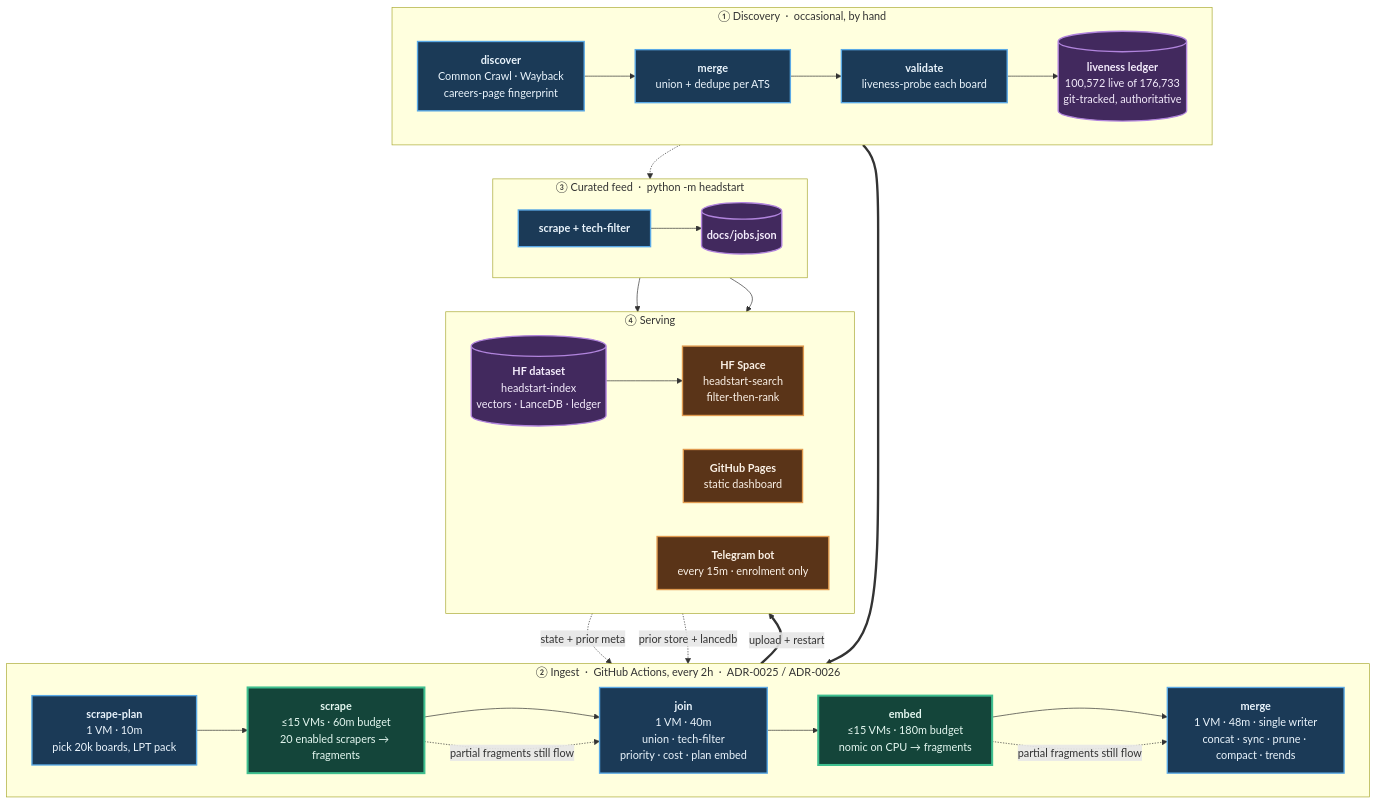
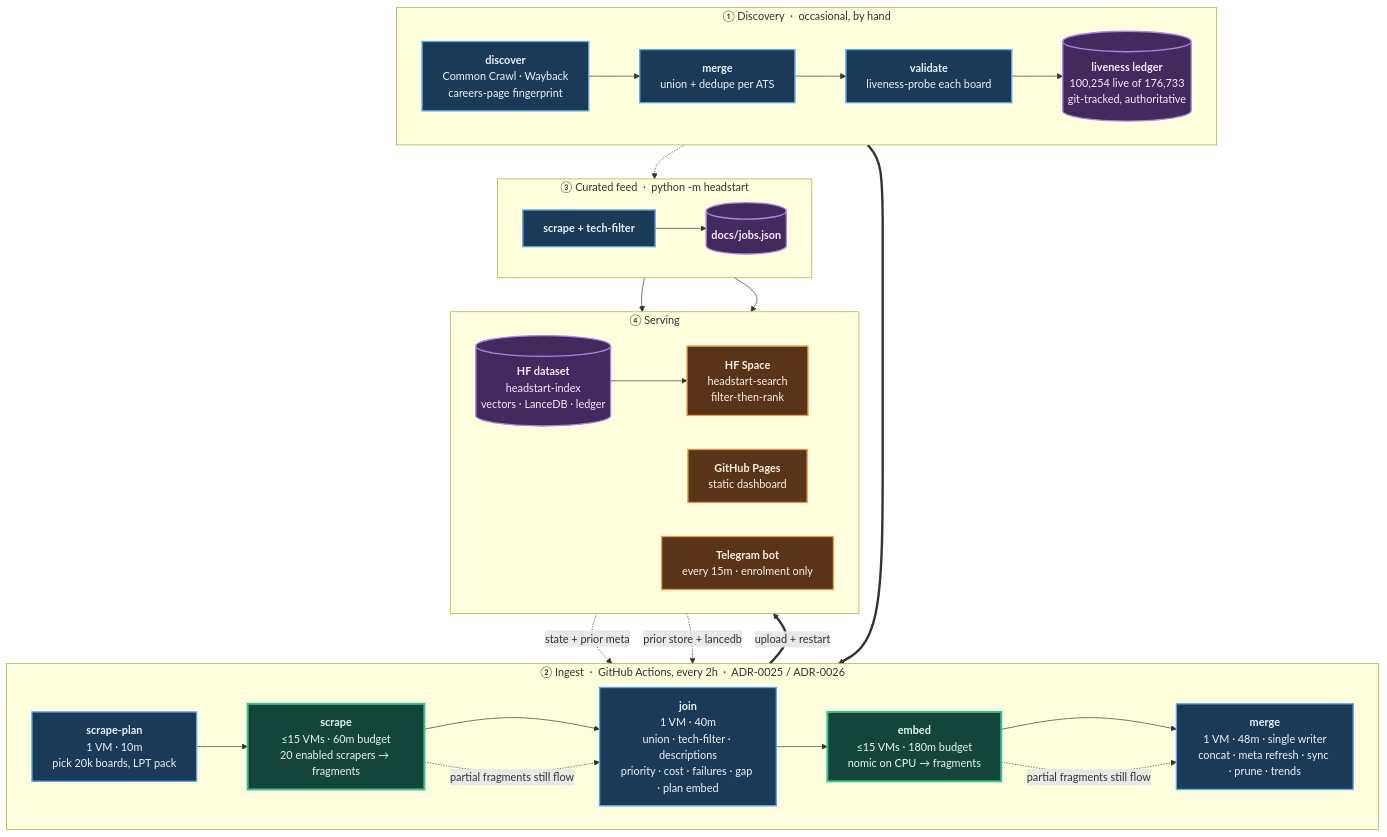
The diagram in README.md (sarthakjain004/headstart), drawn with Mermaid before and after one commit. The commit also changed other lines of this file and 21 other files, not shown here.

````diff
--- a/README.md
+++ b/README.md
@@ -35,56 +35,56 @@
 ```mermaid
 flowchart TB
     subgraph D["① Discovery &nbsp;·&nbsp; occasional, by hand"]
         direction LR
         D1["<b>discover</b><br/>Common Crawl · Wayback<br/>careers-page fingerprint"]
         D2["<b>merge</b><br/>union + dedupe per ATS"]
         D3["<b>validate</b><br/>liveness-probe each board"]
-        D4[("<b>liveness ledger</b><br/>100,572 live of 176,733<br/>git-tracked, authoritative")]
+        D4[("<b>liveness ledger</b><br/>100,254 live of 176,733<br/>git-tracked, authoritative")]
         D1 --> D2 --> D3 --> D4
     end
 
     subgraph P["② Ingest &nbsp;·&nbsp; GitHub Actions, every 2h &nbsp;·&nbsp; ADR-0025 / ADR-0026"]
         direction LR
         P1["<b>scrape-plan</b><br/>1 VM · 10m<br/>pick 20k boards, LPT pack"]
         P2["<b>scrape</b><br/>≤15 VMs · 60m budget<br/>20 enabled scrapers → fragments"]
-        P3["<b>join</b><br/>1 VM · 40m<br/>union · tech-filter<br/>priority · cost · plan embed"]
+        P3["<b>join</b><br/>1 VM · 40m<br/>union · tech-filter · descriptions<br/>priority · cost · failures · gap · plan embed"]
         P4["<b>embed</b><br/>≤15 VMs · 180m budget<br/>nomic on CPU → fragments"]
-        P5["<b>merge</b><br/>1 VM · 48m · single writer<br/>concat · sync · prune · compact · trends"]
+        P5["<b>merge</b><br/>1 VM · 48m · single writer<br/>concat · meta refresh · sync · prune · trends"]
         P1 --> P2 --> P3 --> P4 --> P5
     end
 
     subgraph F["③ Curated feed &nbsp;·&nbsp; python -m headstart"]
         direction LR
         F1["<b>scrape + tech-filter</b>"]
         F2[("<b>docs/jobs.json</b>")]
         F1 --> F2
     end
 
     subgraph S["④ Serving"]
         direction LR
         S1[("<b>HF dataset</b><br/>headstart-index<br/>vectors · LanceDB · ledger")]
         S2["<b>HF Space</b><br/>headstart-search<br/>filter-then-rank"]
         S3["<b>GitHub Pages</b><br/>static dashboard"]
         S4["<b>Telegram bot</b><br/>every 15m · enrolment only"]
         S1 --> S2
     end
 
     D4 ==> P1
     S1 -. "state + prior meta" .-> P1
     S1 -. "prior store + lancedb" .-> P5
     D4 -.-> F1
     P5 ==>|"upload + restart"| S1
     F2 --> S3
     F2 --> S4
     P2 -. "partial fragments still flow" .-> P3
     P4 -. "partial fragments still flow" .-> P5
 
     classDef serial fill:#1b3a57,stroke:#5aa9e6,stroke-width:2px,color:#eaf4fc
     classDef fan fill:#14453a,stroke:#3fbf8f,stroke-width:3px,color:#e4f7f0
     classDef store fill:#42295e,stroke:#b184dd,stroke-width:2px,color:#f4ecfc
     classDef serve fill:#5a3418,stroke:#e09a4f,stroke-width:2px,color:#fbf1e6
     class D1,D2,D3,P1,P3,P5,F1 serial
     class P2,P4 fan
     class D4,F2,S1 store
     class S2,S3,S4 serve
 ```
````
